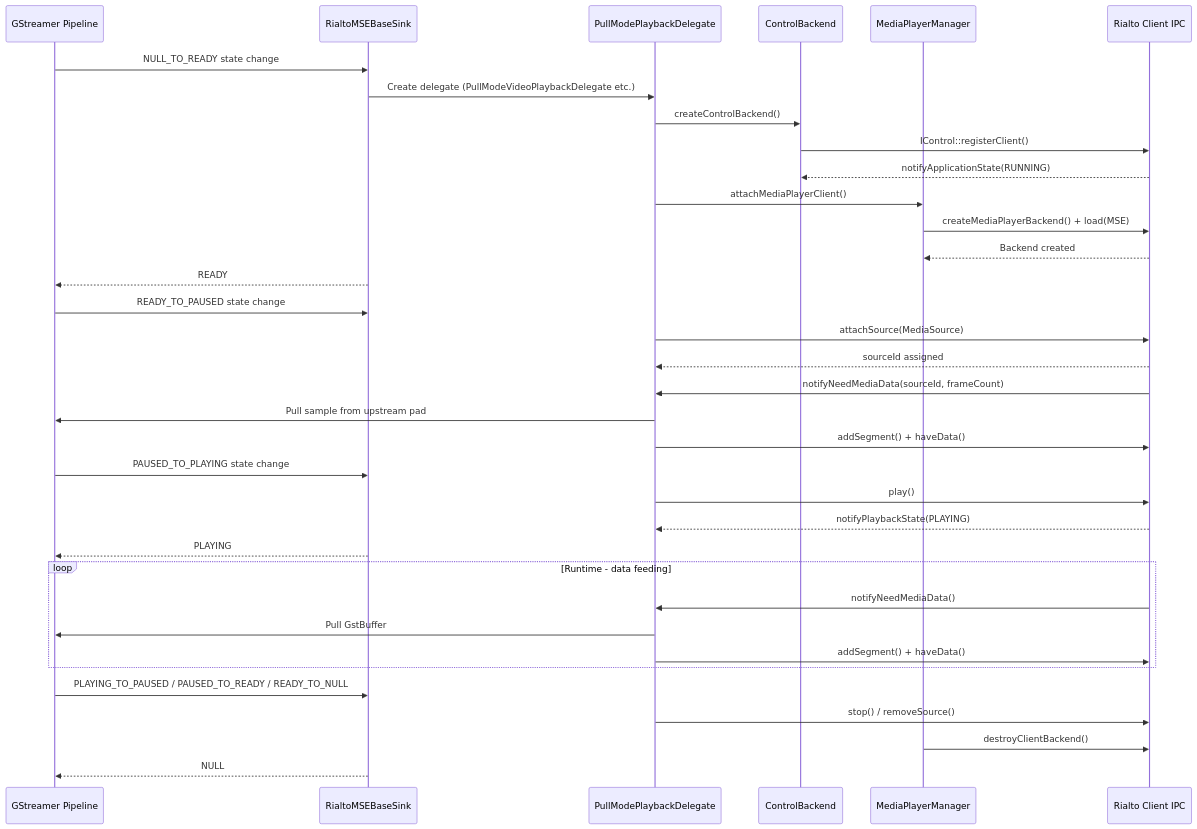
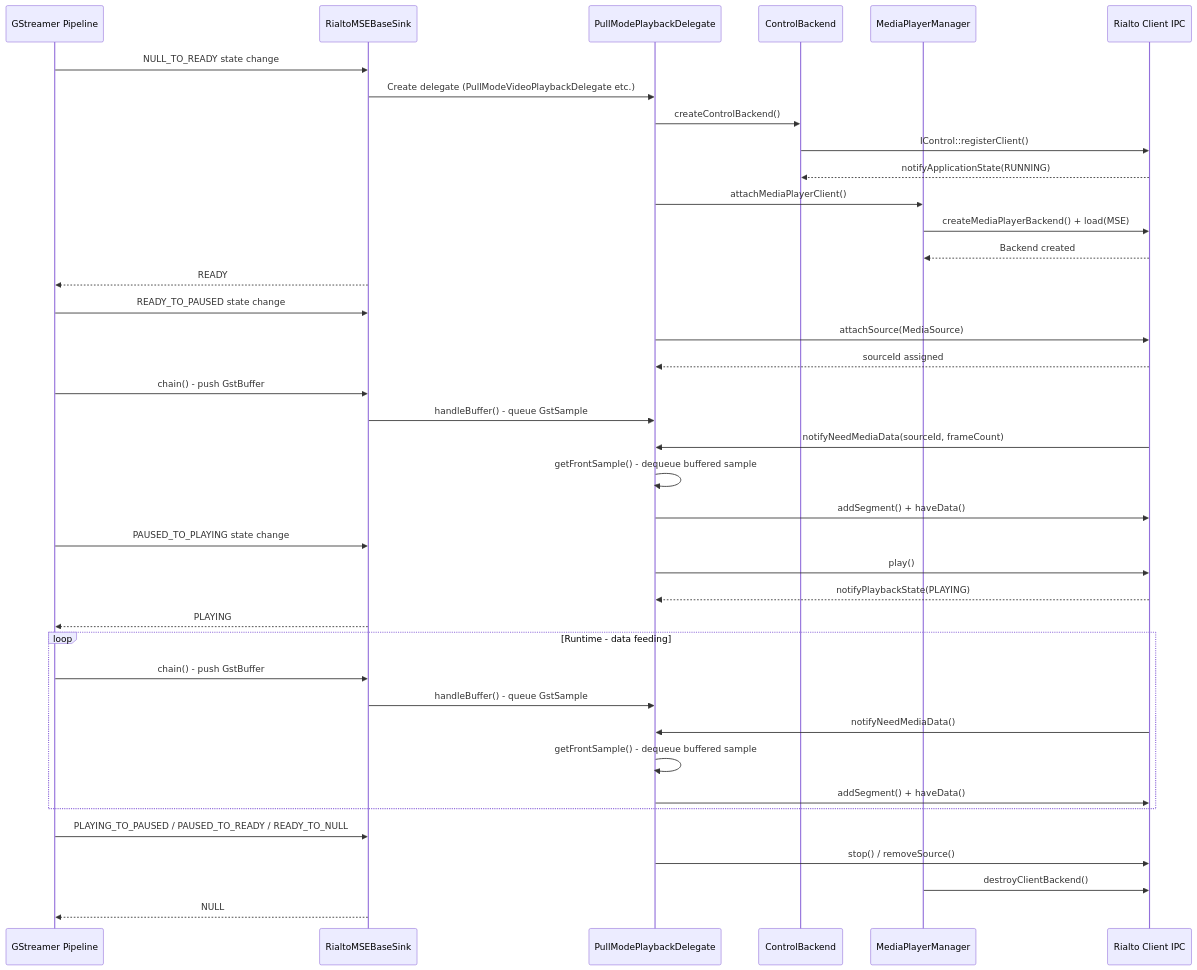
The third of 7 diagrams in docs/README.md (rdkcentral/rialto-gstreamer), drawn with Mermaid before and after one commit. The commit also changed other lines of this file, not shown here.

````diff
--- a/docs/README.md
+++ b/docs/README.md
@@ -163,42 +163,46 @@
 ```mermaid
 sequenceDiagram
     participant GSTPipeline as GStreamer Pipeline
     participant Sink as RialtoMSEBaseSink
     participant Delegate as PullModePlaybackDelegate
     participant CtrlBackend as ControlBackend
     participant MPMgr as MediaPlayerManager
     participant RialtoClient as Rialto Client IPC
 
     GSTPipeline->>Sink: NULL_TO_READY state change
     Sink->>Delegate: Create delegate (PullModeVideoPlaybackDelegate etc.)
     Delegate->>CtrlBackend: createControlBackend()
     CtrlBackend->>RialtoClient: IControl::registerClient()
     RialtoClient-->>CtrlBackend: notifyApplicationState(RUNNING)
     Delegate->>MPMgr: attachMediaPlayerClient()
     MPMgr->>RialtoClient: createMediaPlayerBackend() + load(MSE)
     RialtoClient-->>MPMgr: Backend created
     Sink-->>GSTPipeline: READY
 
     GSTPipeline->>Sink: READY_TO_PAUSED state change
     Delegate->>RialtoClient: attachSource(MediaSource)
     RialtoClient-->>Delegate: sourceId assigned
+    GSTPipeline->>Sink: chain() - push GstBuffer
+    Sink->>Delegate: handleBuffer() - queue GstSample
     RialtoClient->>Delegate: notifyNeedMediaData(sourceId, frameCount)
-    Delegate->>GSTPipeline: Pull sample from upstream pad
+    Delegate->>Delegate: getFrontSample() - dequeue buffered sample
     Delegate->>RialtoClient: addSegment() + haveData()
 
     GSTPipeline->>Sink: PAUSED_TO_PLAYING state change
     Delegate->>RialtoClient: play()
     RialtoClient-->>Delegate: notifyPlaybackState(PLAYING)
     Sink-->>GSTPipeline: PLAYING
 
     loop Runtime - data feeding
+        GSTPipeline->>Sink: chain() - push GstBuffer
+        Sink->>Delegate: handleBuffer() - queue GstSample
         RialtoClient->>Delegate: notifyNeedMediaData()
-        Delegate->>GSTPipeline: Pull GstBuffer
+        Delegate->>Delegate: getFrontSample() - dequeue buffered sample
         Delegate->>RialtoClient: addSegment() + haveData()
     end
 
     GSTPipeline->>Sink: PLAYING_TO_PAUSED / PAUSED_TO_READY / READY_TO_NULL
     Delegate->>RialtoClient: stop() / removeSource()
     MPMgr->>RialtoClient: destroyClientBackend()
     Sink-->>GSTPipeline: NULL
 ```
````
